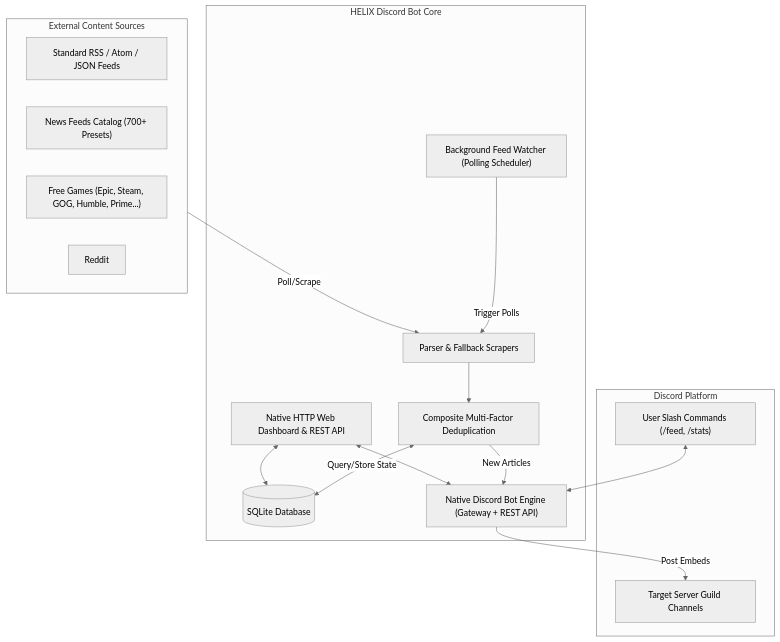
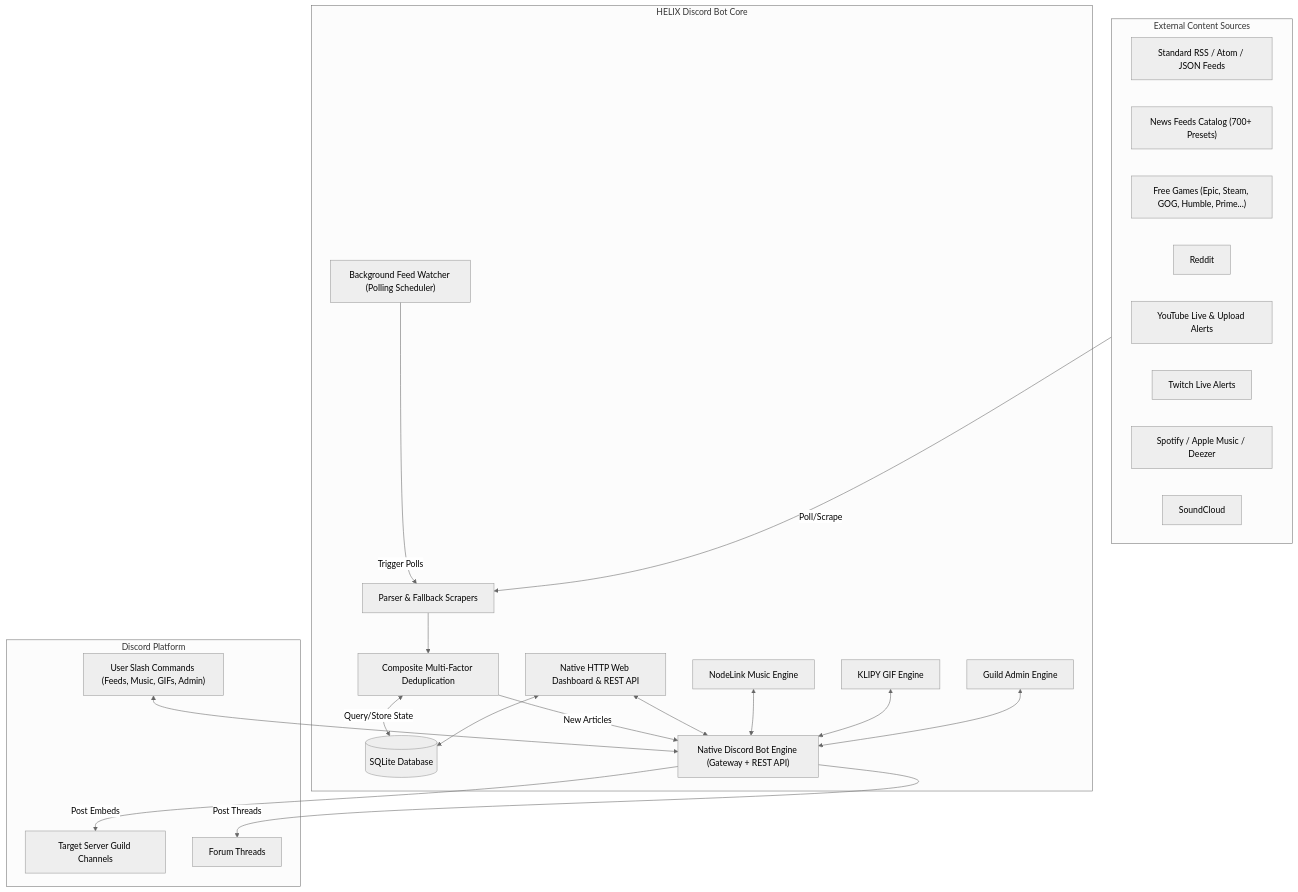
The diagram in wiki/HOME.md (HELIX-Origin/HELIX-Discord-Bot), drawn with Mermaid (neutral theme) before and after one commit. The commit also changed other lines of this file and 3 other files, not shown here.

````diff
--- a/wiki/HOME.md
+++ b/wiki/HOME.md
@@ -27,33 +27,45 @@
 ```mermaid
 flowchart TD
     subgraph Sources["External Content Sources"]
         RSS["Standard RSS / Atom / JSON Feeds"]
         News["News Feeds Catalog (700+ Presets)"]
         Games["Free Games (Epic, Steam, GOG, Humble, Prime...)"]
         Social["Reddit"]
+        YouTube["YouTube Live & Upload Alerts"]
+        Twitch["Twitch Live Alerts"]
+        Spotify["Spotify / Apple Music / Deezer"]
+        SoundCloud["SoundCloud"]
     end
 
     subgraph CoreEngine["HELIX Discord Bot Core"]
         Watcher["Background Feed Watcher (Polling Scheduler)"]
         Parser["Parser & Fallback Scrapers"]
         Dedup["Composite Multi-Factor Deduplication"]
         DB[(SQLite Database)]
         Bot["Native Discord Bot Engine (Gateway + REST API)"]
         Web["Native HTTP Web Dashboard & REST API"]
+        NodeLink["NodeLink Music Engine"]
+        GIF["KLIPY GIF Engine"]
+        Admin["Guild Admin Engine"]
     end
 
     subgraph Discord["Discord Platform"]
         Channels["Target Server Guild Channels"]
-        SlashCmd["User Slash Commands (/feed, /stats)"]
+        Threads["Forum Threads"]
+        SlashCmd["User Slash Commands (Feeds, Music, GIFs, Admin)"]
     end
 
     Sources -->|Poll/Scrape| Parser
     Watcher -->|Trigger Polls| Parser
     Parser --> Dedup
     Dedup <-->|Query/Store State| DB
     Dedup -->|New Articles| Bot
     Bot -->|Post Embeds| Channels
+    Bot -->|Post Threads| Threads
     SlashCmd <--> Bot
     Web <--> DB
     Web <--> Bot
+    NodeLink <--> Bot
+    GIF <--> Bot
+    Admin <--> Bot
 ```
````
